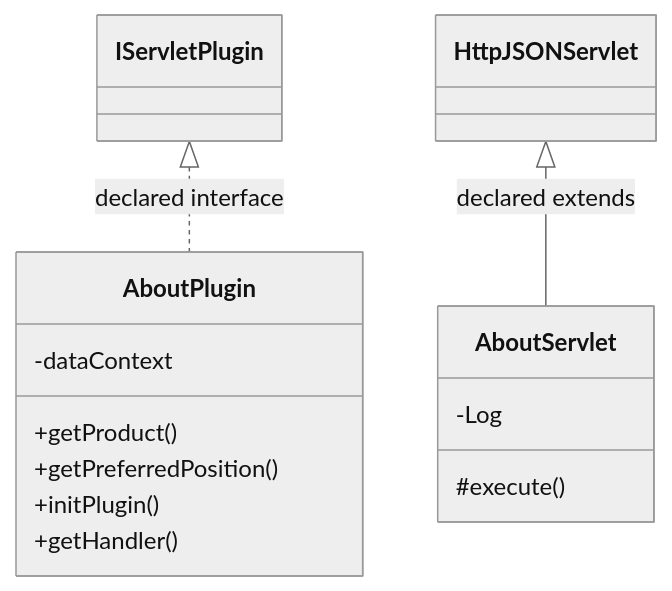
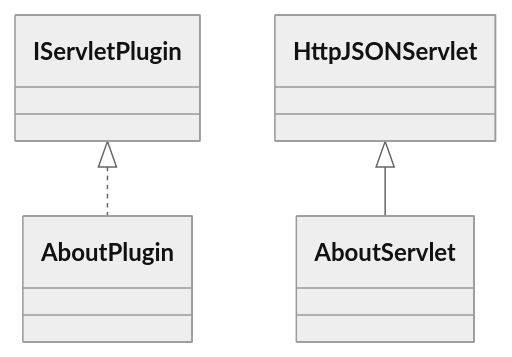
One commit to haruperi/HaruQuantAI changed the diagram in docs/sqx/Shared/HomeAbout.md. Above: the diagram before and after it, drawn with Mermaid (neutral theme). The commit also changed other lines of this file and 1688 other files, not shown here.

````diff
--- a/docs/sqx/Shared/HomeAbout.md
+++ b/docs/sqx/Shared/HomeAbout.md
@@ -30,18 +26,9 @@
 ```mermaid
 classDiagram
-    class Cb688750bb64d["AboutPlugin"] {
-        -dataContext
-        +getProduct()
-        +getPreferredPosition()
-        +initPlugin()
-        +getHandler()
-    }
-    class C5bf10eb0e226["AboutServlet"] {
-        -Log
-        #execute()
-    }
-    class C249b5c671b1a["IServletPlugin"]
-    class C8900f90ae594["HttpJSONServlet"]
-    C249b5c671b1a <|.. Cb688750bb64d : declared interface
-    C8900f90ae594 <|-- C5bf10eb0e226 : declared extends
+    class C0["AboutPlugin"]
+    class C1["AboutServlet"]
+    class E0["IServletPlugin"]
+    E0 <|.. C0
+    class E1["HttpJSONServlet"]
+    E1 <|-- C1
 ```
````
